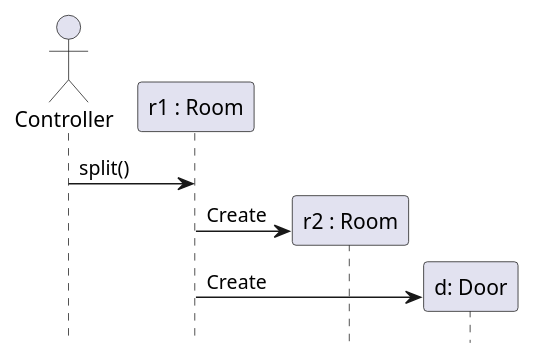
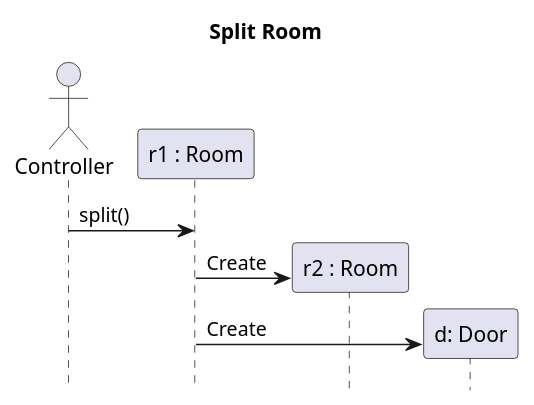
Before and after one commit to sn4k3ch4rm3r/logarlec: the diagram in docs/diagrams/sequence/split-room.puml, drawn with PlantUML. The commit also changed 8 other files, not shown here.

Commit message:
Added title to the diagrams

```diff
--- a/docs/diagrams/sequence/split-room.puml
+++ b/docs/diagrams/sequence/split-room.puml
@@ -1,17 +1,16 @@
-@startuml
-'https://plantuml.com/sequence-diagram
-
+@startuml split-room
+title Split Room
 hide footbox
 actor Controller
 participant "r1 : Room" as r1
 
 
 
 Controller -> r1: split()
 create participant "r2 : Room" as r2
 r1 -> r2: Create
 create participant "d: Door" as d
 r1 -> d: Create
 
 
 @enduml
```
